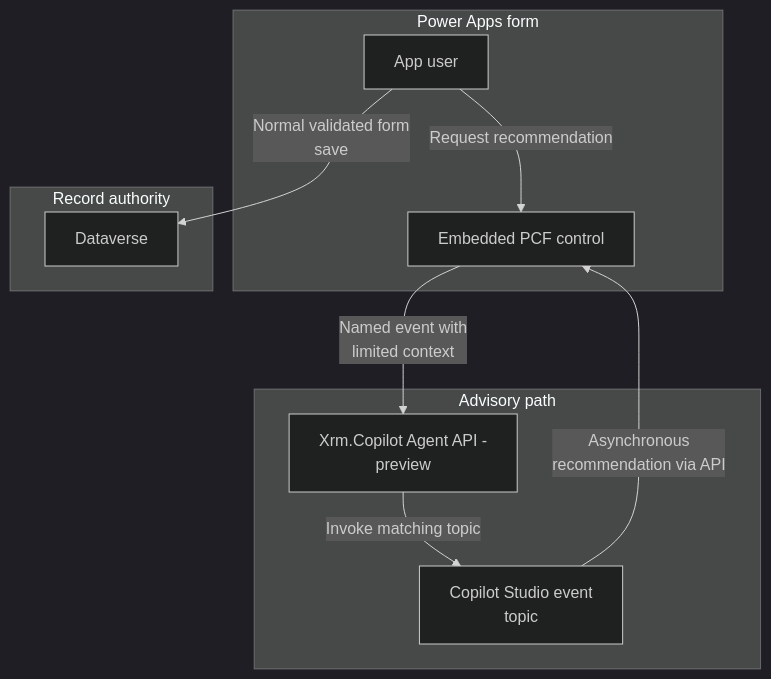
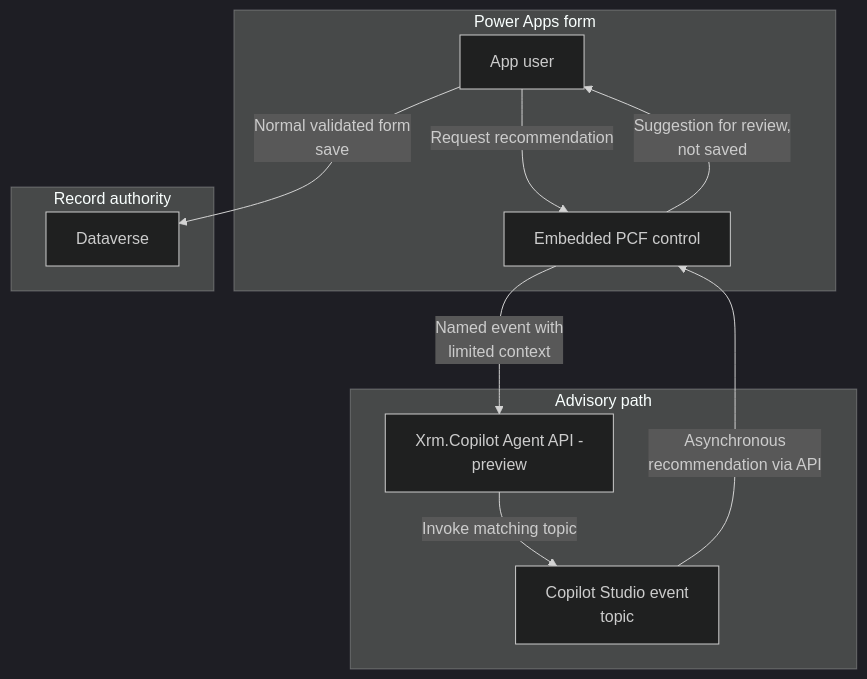
One commit to abhishek-ai-enabler/copilotstudio-architecture-patterns changed the first of 2 diagrams in reference-architectures/model-driven-form.md. Above: the diagram before and after it, drawn with Mermaid (dark theme). The commit also changed 41 other files, not shown here.

First line of the commit message:
Review diagrams: add return paths and fix flow accuracy

````diff
--- a/reference-architectures/model-driven-form.md
+++ b/reference-architectures/model-driven-form.md
@@ -7,21 +7,22 @@
 ```mermaid
 flowchart TB
     accTitle: Request an agent recommendation from a model-driven form - architecture
     accDescr: Keep the preview API off the form's critical path. A suggestion can be applied only to the same record and input version, and only by the user.
     subgraph group0["Power Apps form"]
         U["App user"]
         C["Embedded PCF control"]
     end
     subgraph group2["Advisory path"]
         API["Xrm.Copilot Agent API -<br/>preview"]
         A["Copilot Studio event<br/>topic"]
     end
     subgraph group4["Record authority"]
         D["Dataverse"]
     end
     U -->|"Request recommendation"| C
     C -->|"Named event with<br/>limited context"| API
     API -->|"Invoke matching topic"| A
     A -->|"Asynchronous<br/>recommendation via API"| C
     U -->|"Normal validated form<br/>save"| D
+    C -->|"Suggestion for review,<br/>not saved"| U
 ```
````
